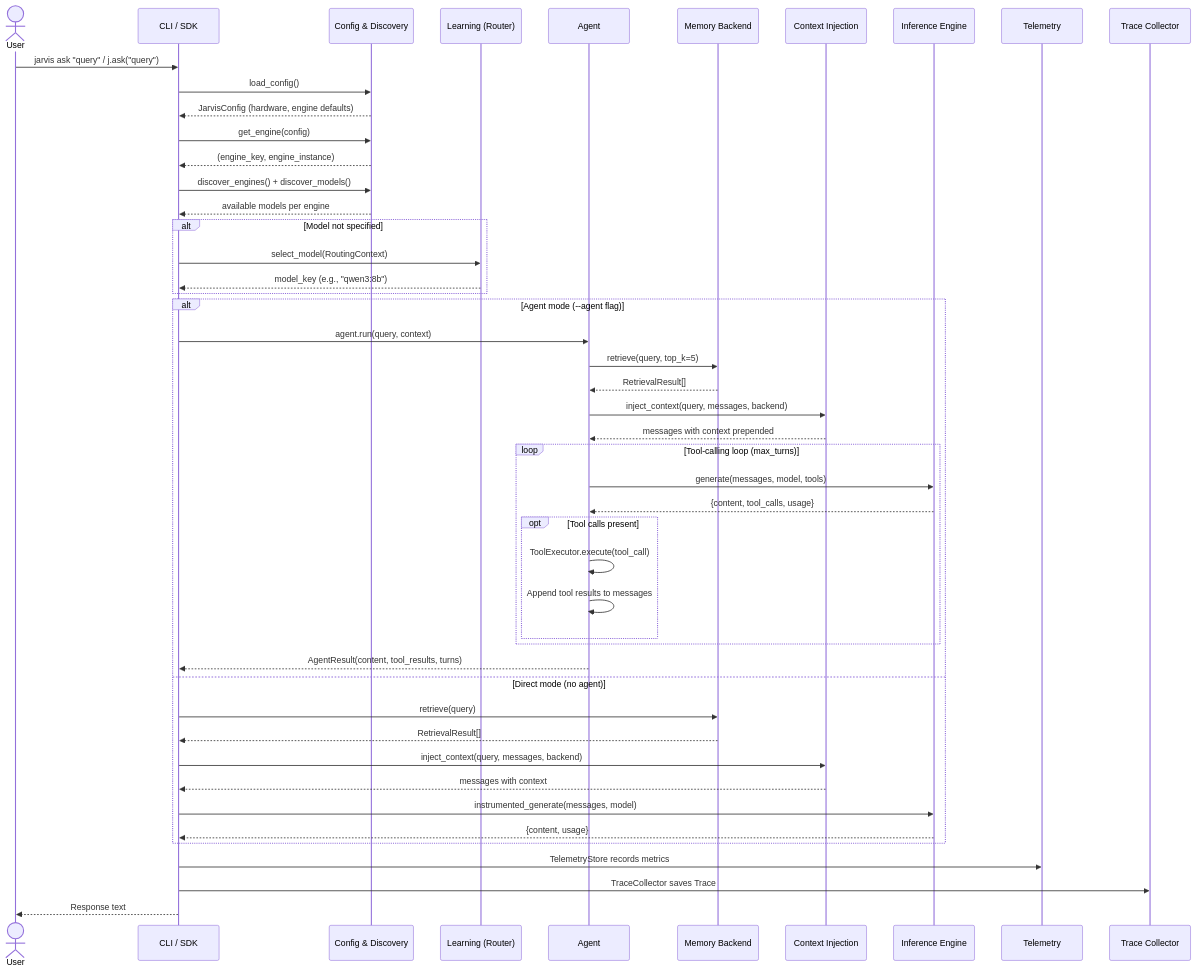
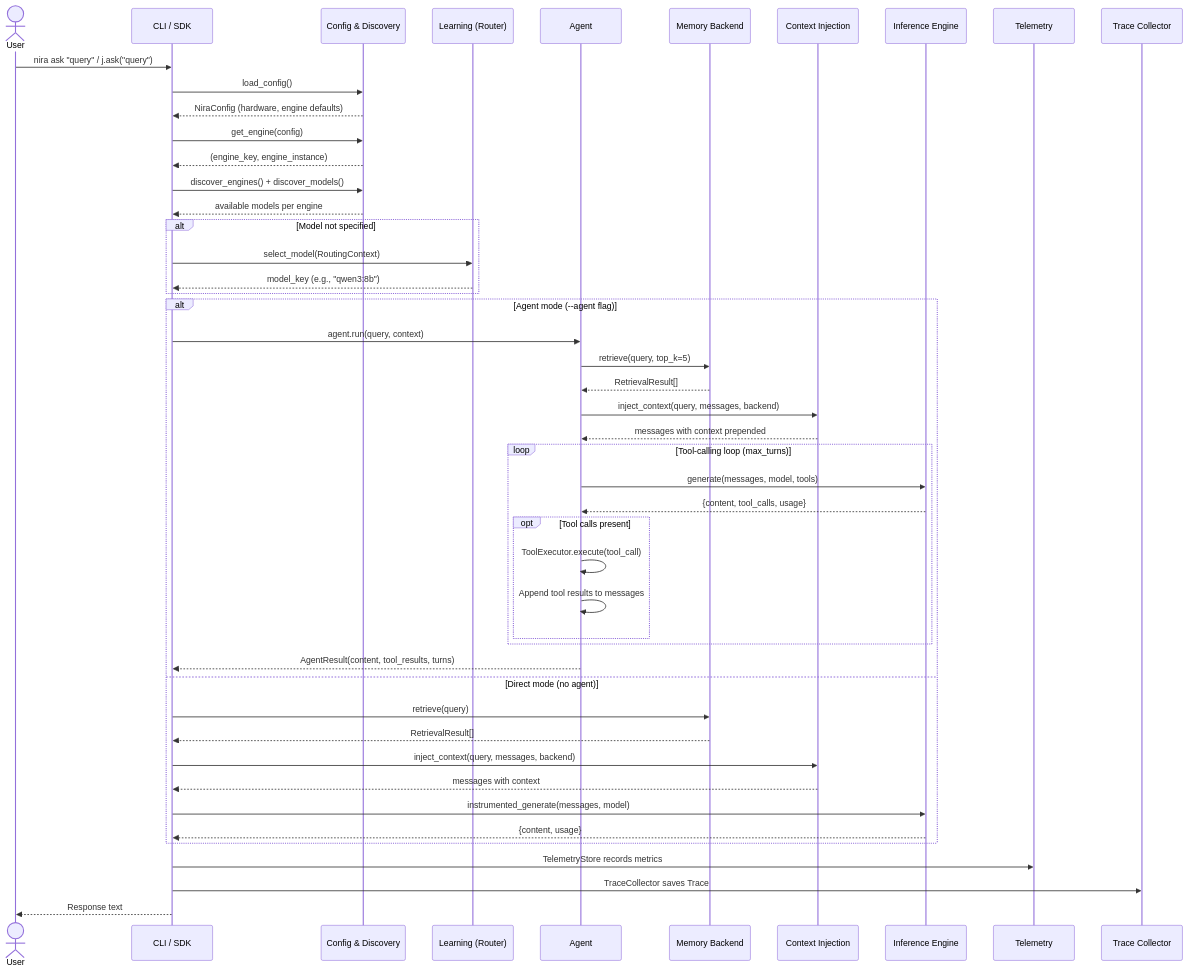
One commit to kmahendra999/nira changed the diagram in docs/architecture/query-flow.md. Above: the diagram before and after it, drawn with Mermaid. The commit also changed other lines of this file and 1807 other files, not shown here.

````diff
--- a/docs/architecture/query-flow.md
+++ b/docs/architecture/query-flow.md
@@ -9,59 +9,59 @@
 ```mermaid
 sequenceDiagram
     actor User
     participant CLI as CLI / SDK
     participant CFG as Config & Discovery
     participant LRN as Learning (Router)
     participant AGT as Agent
     participant MEM as Memory Backend
     participant CTX as Context Injection
     participant ENG as Inference Engine
     participant TEL as Telemetry
     participant TRC as Trace Collector
 
-    User->>CLI: jarvis ask "query" / j.ask("query")
+    User->>CLI: nira ask "query" / j.ask("query")
     CLI->>CFG: load_config()
-    CFG-->>CLI: JarvisConfig (hardware, engine defaults)
+    CFG-->>CLI: NiraConfig (hardware, engine defaults)
 
     CLI->>CFG: get_engine(config)
     CFG-->>CLI: (engine_key, engine_instance)
 
     CLI->>CFG: discover_engines() + discover_models()
     CFG-->>CLI: available models per engine
 
     alt Model not specified
         CLI->>LRN: select_model(RoutingContext)
         LRN-->>CLI: model_key (e.g., "qwen3:8b")
     end
 
     alt Agent mode (--agent flag)
         CLI->>AGT: agent.run(query, context)
         AGT->>MEM: retrieve(query, top_k=5)
         MEM-->>AGT: RetrievalResult[]
         AGT->>CTX: inject_context(query, messages, backend)
         CTX-->>AGT: messages with context prepended
 
         loop Tool-calling loop (max_turns)
             AGT->>ENG: generate(messages, model, tools)
             ENG-->>AGT: {content, tool_calls, usage}
             opt Tool calls present
                 AGT->>AGT: ToolExecutor.execute(tool_call)
                 AGT->>AGT: Append tool results to messages
             end
         end
 
         AGT-->>CLI: AgentResult(content, tool_results, turns)
     else Direct mode (no agent)
         CLI->>MEM: retrieve(query)
         MEM-->>CLI: RetrievalResult[]
         CLI->>CTX: inject_context(query, messages, backend)
         CTX-->>CLI: messages with context
 
         CLI->>ENG: instrumented_generate(messages, model)
         ENG-->>CLI: {content, usage}
     end
 
     CLI->>TEL: TelemetryStore records metrics
     CLI->>TRC: TraceCollector saves Trace
     CLI-->>User: Response text
 ```
````
